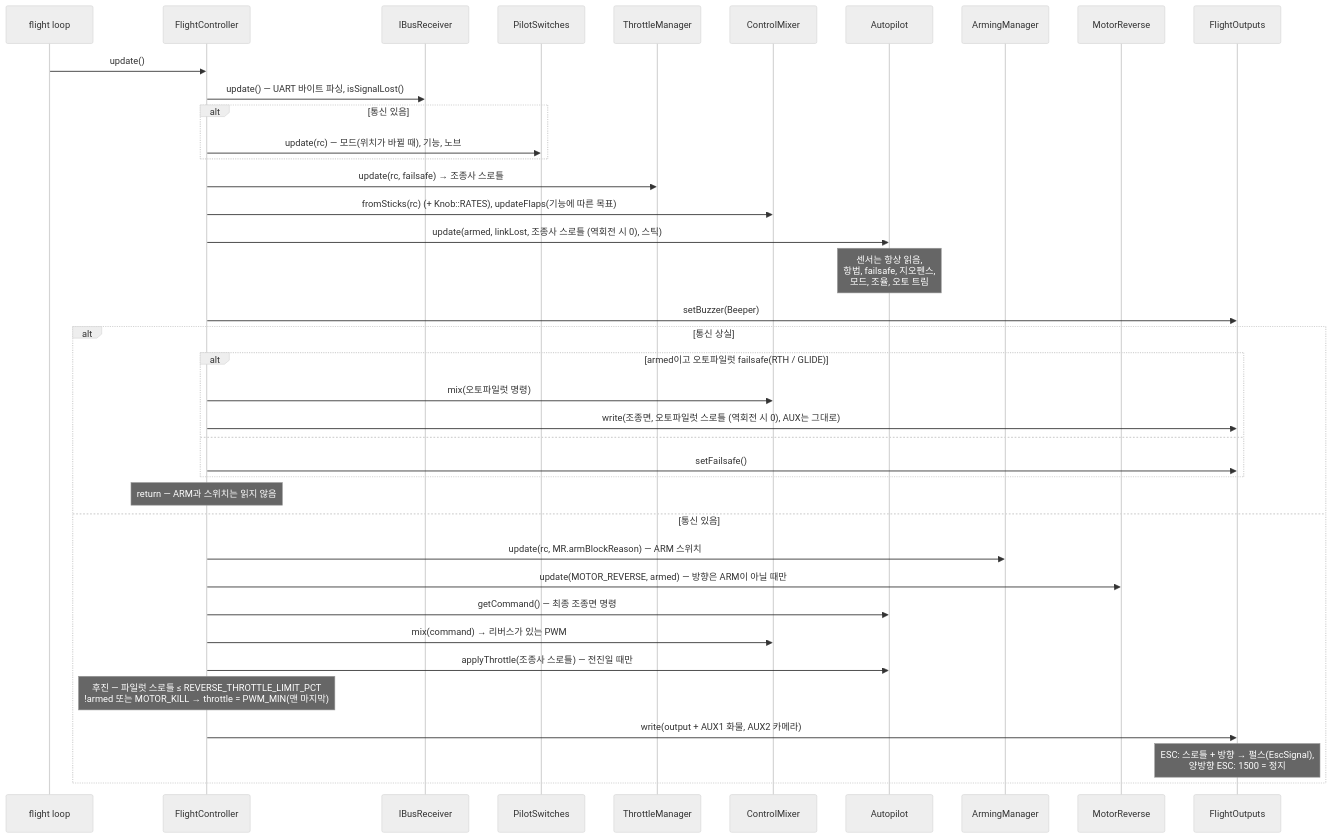
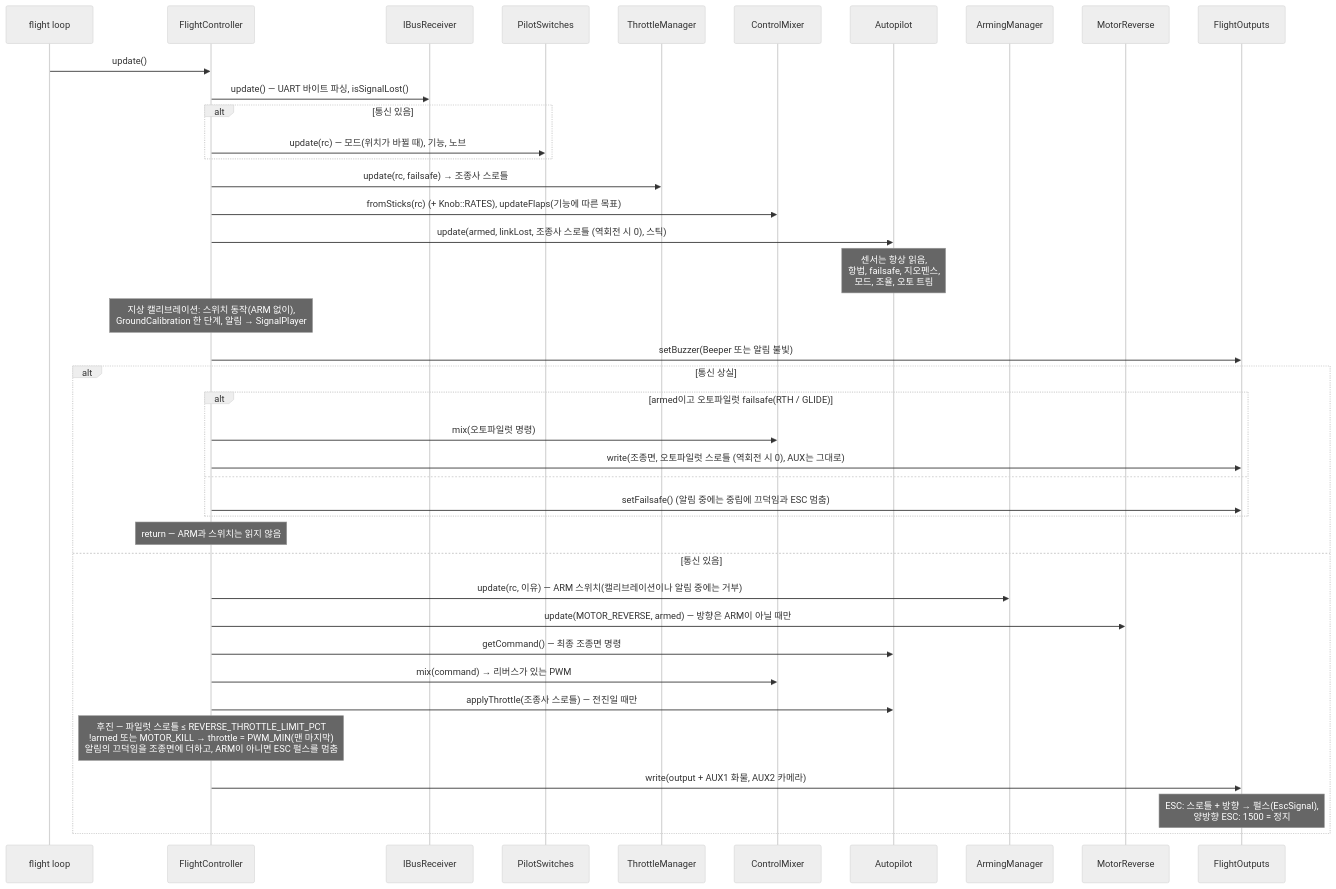
The sixth of 12 diagrams in docs/i18n/ko/ARCHITECTURE.md (damir-lebedev/OpenPlaneProject), drawn with Mermaid (neutral theme) before and after one commit. The commit also changed other lines of this file and 215 other files, not shown here.

````diff
--- a/docs/i18n/ko/ARCHITECTURE.md
+++ b/docs/i18n/ko/ARCHITECTURE.md
@@ -355,42 +355,43 @@
 ```mermaid
 sequenceDiagram
     participant L as flight loop
     participant FC as FlightController
     participant RX as IBusReceiver
     participant SW as PilotSwitches
     participant TM as ThrottleManager
     participant MX as ControlMixer
     participant AP as Autopilot
     participant AM as ArmingManager
     participant MR as MotorReverse
     participant OUT as FlightOutputs
 
     L->>FC: update()
     FC->>RX: update() — UART 바이트 파싱, isSignalLost()
     alt 통신 있음
         FC->>SW: update(rc) — 모드(위치가 바뀔 때), 기능, 노브
     end
     FC->>TM: update(rc, failsafe) → 조종사 스로틀
     FC->>MX: fromSticks(rc) (+ Knob::RATES), updateFlaps(기능에 따른 목표)
     FC->>AP: update(armed, linkLost, 조종사 스로틀 (역회전 시 0), 스틱)
     Note over AP: 센서는 항상 읽음,<br/>항법, failsafe, 지오펜스,<br/>모드, 조율, 오토 트림
-    FC->>OUT: setBuzzer(Beeper)
+    Note over FC: 지상 캘리브레이션: 스위치 동작(ARM 없이),<br/>GroundCalibration 한 단계, 알림 → SignalPlayer
+    FC->>OUT: setBuzzer(Beeper 또는 알림 불빛)
     alt 통신 상실
         alt armed이고 오토파일럿 failsafe(RTH / GLIDE)
             FC->>MX: mix(오토파일럿 명령)
             FC->>OUT: write(조종면, 오토파일럿 스로틀 (역회전 시 0), AUX는 그대로)
         else
-            FC->>OUT: setFailsafe()
+            FC->>OUT: setFailsafe() (알림 중에는 중립에 끄덕임과 ESC 멈춤)
         end
         Note over FC: return — ARM과 스위치는 읽지 않음
     else 통신 있음
-        FC->>AM: update(rc, MR.armBlockReason) — ARM 스위치
+        FC->>AM: update(rc, 이유) — ARM 스위치(캘리브레이션이나 알림 중에는 거부)
         FC->>MR: update(MOTOR_REVERSE, armed) — 방향은 ARM이 아닐 때만
         FC->>AP: getCommand() — 최종 조종면 명령
         FC->>MX: mix(command) → 리버스가 있는 PWM
         FC->>AP: applyThrottle(조종사 스로틀) — 전진일 때만
-        Note over FC: 후진 — 파일럿 스로틀 ≤ REVERSE_THROTTLE_LIMIT_PCT<br/>!armed 또는 MOTOR_KILL → throttle = PWM_MIN(맨 마지막)
+        Note over FC: 후진 — 파일럿 스로틀 ≤ REVERSE_THROTTLE_LIMIT_PCT<br/>!armed 또는 MOTOR_KILL → throttle = PWM_MIN(맨 마지막)<br/>알림의 끄덕임을 조종면에 더하고, ARM이 아니면 ESC 펄스를 멈춤
         FC->>OUT: write(output + AUX1 화물, AUX2 카메라)
         Note over OUT: ESC: 스로틀 + 방향 → 펄스(EscSignal),<br/>양방향 ESC: 1500 = 정지
     end
 ```
````
